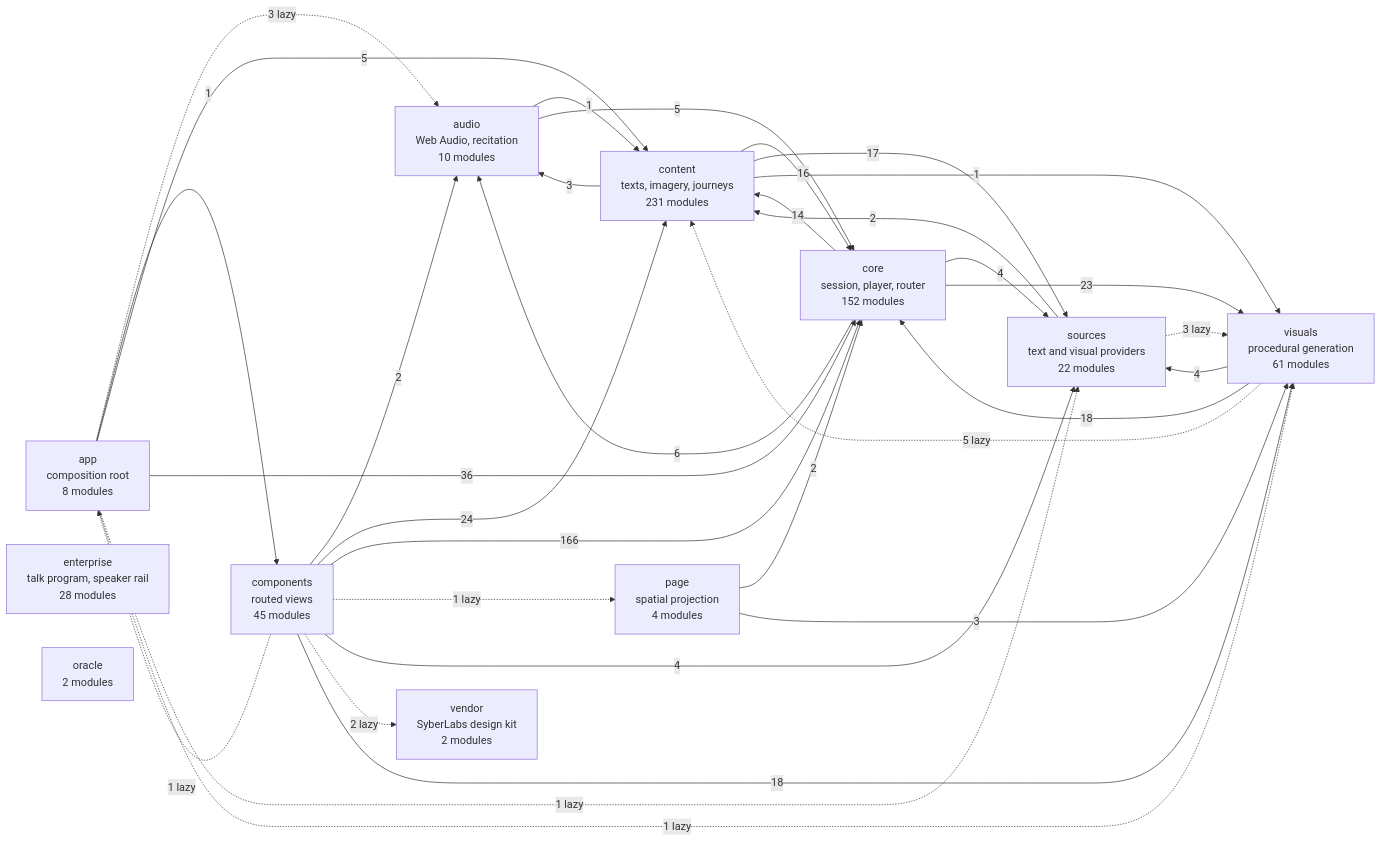
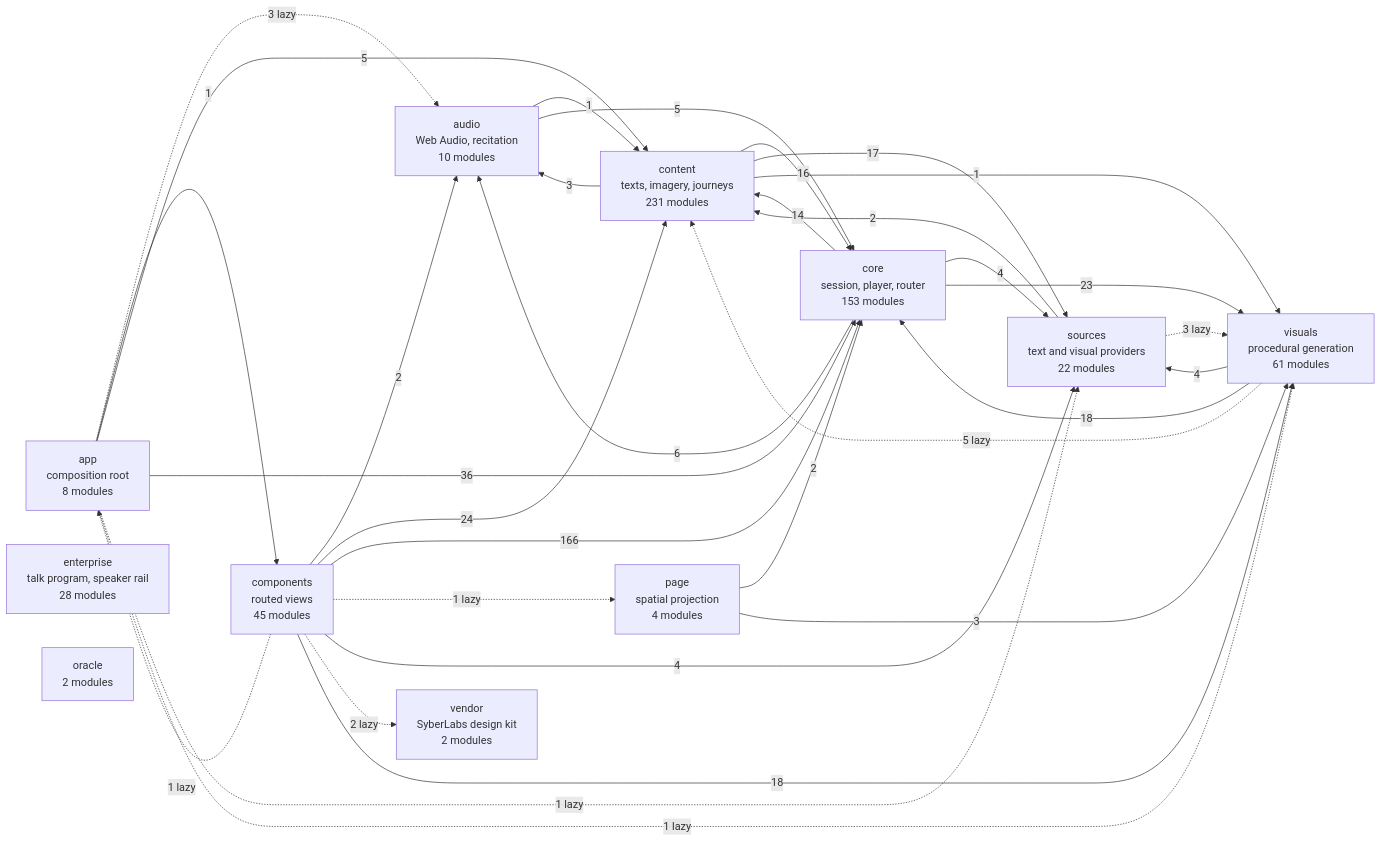
One commit to SyberLabs/RISE changed the diagram in docs/specs/ARCHITECTURE.md. Above: the diagram before and after it, drawn with Mermaid. The commit also changed 2 other files, not shown here.

Commit message:
docs: index Current slice and refresh architecture count
List the protocol spec in the wiki index and regenerate the architecture module count for the added core module.

````diff
--- a/docs/specs/ARCHITECTURE.md
+++ b/docs/specs/ARCHITECTURE.md
@@ -160,46 +160,46 @@
 ```mermaid
 flowchart LR
     app["app<br/>composition root<br/>8 modules"]
     audio["audio<br/>Web Audio, recitation<br/>10 modules"]
     components["components<br/>routed views<br/>45 modules"]
     content["content<br/>texts, imagery, journeys<br/>231 modules"]
-    core["core<br/>session, player, router<br/>152 modules"]
+    core["core<br/>session, player, router<br/>153 modules"]
     enterprise["enterprise<br/>talk program, speaker rail<br/>28 modules"]
     oracle["oracle<br/>2 modules"]
     page["page<br/>spatial projection<br/>4 modules"]
     sources["sources<br/>text and visual providers<br/>22 modules"]
     vendor["vendor<br/>SyberLabs design kit<br/>2 modules"]
     visuals["visuals<br/>procedural generation<br/>61 modules"]
 
     app -.-> |3 lazy| audio
     app --> |1| components
     app --> |5| content
     app --> |36| core
     app -.-> |1 lazy| sources
     app -.-> |1 lazy| visuals
     audio --> |1| content
     audio --> |5| core
     components -.-> |1 lazy| app
     components --> |2| audio
     components --> |24| content
     components --> |166| core
     components -.-> |1 lazy| page
     components --> |4| sources
     components -.-> |2 lazy| vendor
     components --> |18| visuals
     content --> |3| audio
     content --> |16| core
     content --> |17| sources
     content --> |1| visuals
     core --> |6| audio
     core --> |14| content
     core --> |4| sources
     core --> |23| visuals
     page --> |2| core
     page --> |3| visuals
     sources --> |2| content
     sources -.-> |3 lazy| visuals
     visuals -.-> |5 lazy| content
     visuals --> |18| core
     visuals --> |4| sources
 ```
````
